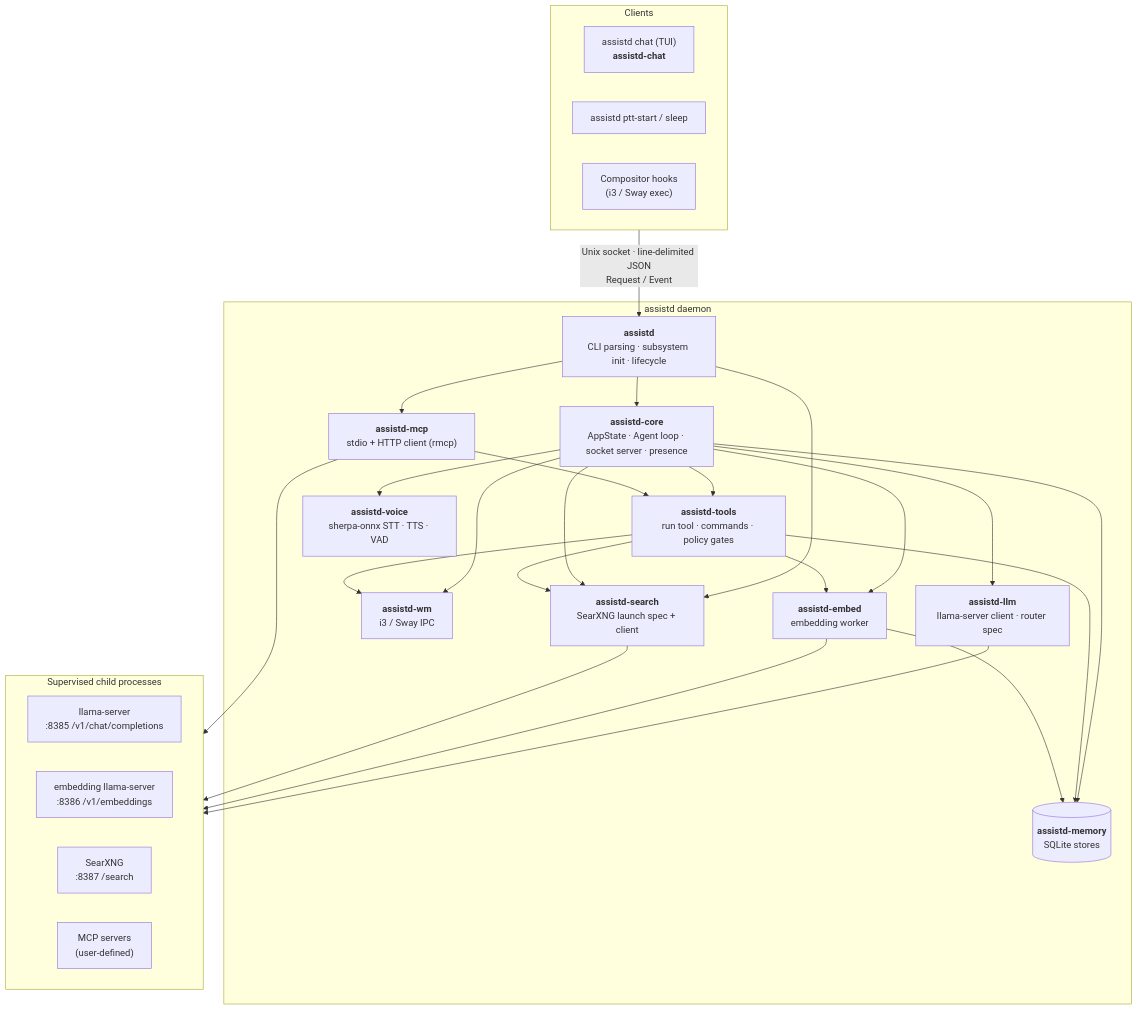
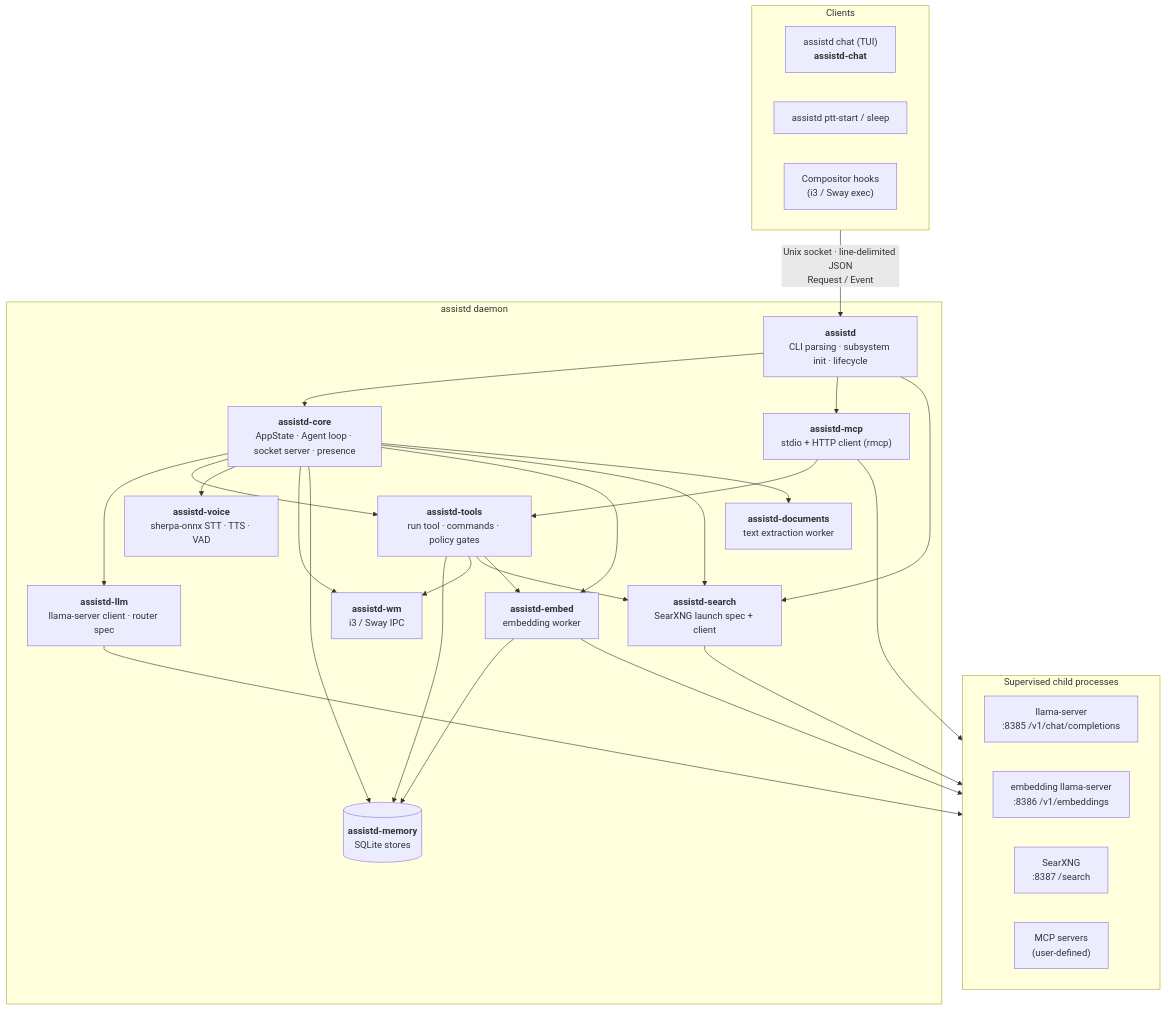
The diagram in docs/architecture.md (gnolruf/assistd), drawn with Mermaid before and after one commit. The commit also changed other lines of this file and 43 other files, not shown here.

First line of the commit message:
Extract document text in a sandboxed worker at idle priority (#930) (#943)

````diff
--- a/docs/architecture.md
+++ b/docs/architecture.md
@@ -10,44 +10,45 @@
 ```mermaid
 flowchart TB
     subgraph clients["Clients"]
         direction LR
         chat["assistd chat (TUI)<br/><b>assistd-chat</b>"]
         ptt["assistd ptt-start / sleep"]
         hooks["Compositor hooks<br/>(i3 / Sway exec)"]
     end
 
     subgraph daemon["assistd daemon"]
         bin["<b>assistd</b><br/>CLI parsing · subsystem init · lifecycle"]
         core["<b>assistd-core</b><br/>AppState · Agent loop · socket server · presence"]
         llm["<b>assistd-llm</b><br/>llama-server client · router spec"]
         tools["<b>assistd-tools</b><br/>run tool · commands · policy gates"]
         voice["<b>assistd-voice</b><br/>sherpa-onnx STT · TTS · VAD"]
         wm["<b>assistd-wm</b><br/>i3 / Sway IPC"]
         mcp["<b>assistd-mcp</b><br/>stdio + HTTP client (rmcp)"]
         memory[("<b>assistd-memory</b><br/>SQLite stores")]
         embed["<b>assistd-embed</b><br/>embedding worker"]
+        documents["<b>assistd-documents</b><br/>text extraction worker"]
         search["<b>assistd-search</b><br/>SearXNG launch spec + client"]
     end
 
     subgraph external["Supervised child processes"]
         direction LR
         llama["llama-server<br/>:8385 /v1/chat/completions"]
         embedsrv["embedding llama-server<br/>:8386 /v1/embeddings"]
         searxng["SearXNG<br/>:8387 /search"]
         mcpsrv["MCP servers<br/>(user-defined)"]
     end
 
     clients -- "Unix socket · line-delimited JSON<br/>Request / Event" --> bin
     bin --> core
     bin --> mcp & search
-    core --> llm & tools & voice & wm & memory & embed & search
+    core --> llm & tools & voice & wm & memory & embed & search & documents
     tools --> memory & wm & search
     mcp --> tools
     embed --> memory
     tools --> embed
 
     llm --> llama
     embed --> embedsrv
     search --> searxng
     mcp --> mcpsrv
 ```
````
